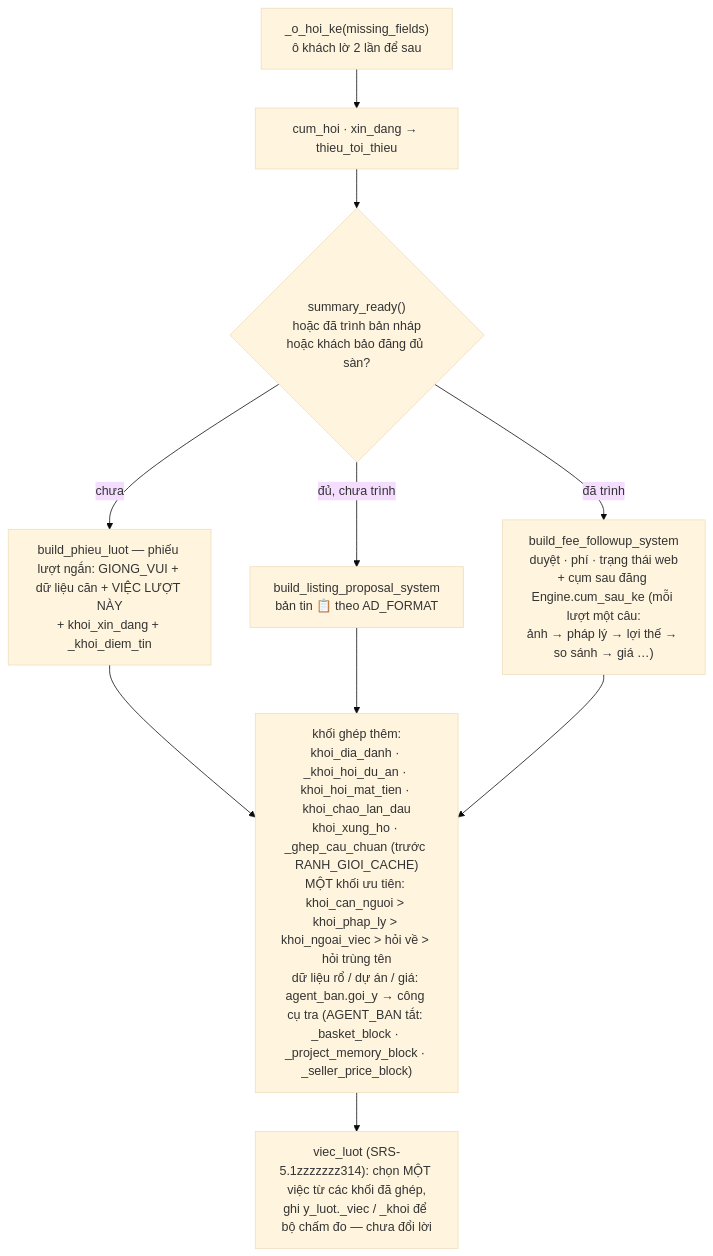
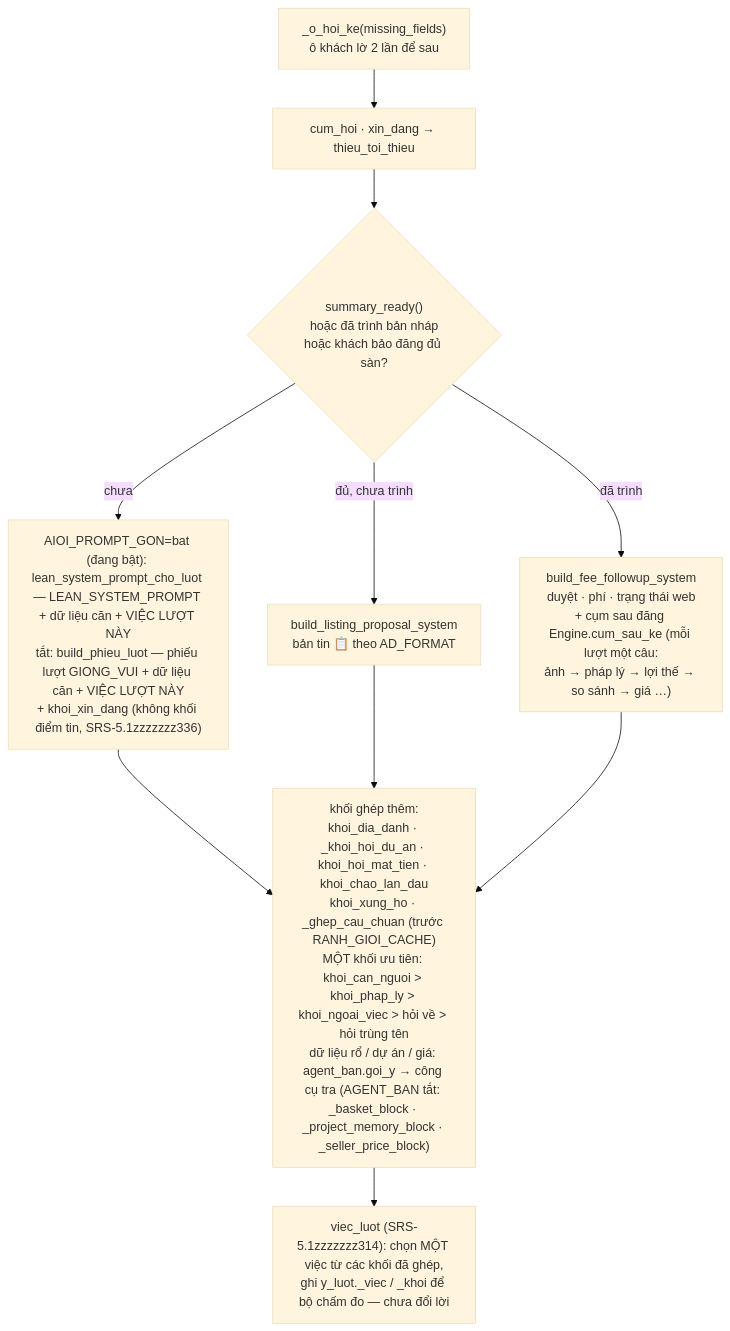
The third of 4 diagrams in docs/13-so-do-nhan-va-boc-tach.md (quang507/AOND), drawn with Mermaid (base theme) before and after one commit. The commit also changed other lines of this file and 6 other files, not shown here.

First line of the commit message:
SRS-464 (đợt 3): docs/07 đặc tả, data-model, 13, 14, lqc, luat-dang-ap khớp code; thêm mục SRS-464

````diff
--- a/docs/13-so-do-nhan-va-boc-tach.md
+++ b/docs/13-so-do-nhan-va-boc-tach.md
@@ -82,10 +84,10 @@
 ```mermaid
 flowchart TD
   S0["_o_hoi_ke(missing_fields)<br/>ô khách lờ 2 lần để sau"] --> S1["cum_hoi · xin_dang → thieu_toi_thieu"]
   S1 --> S2{"summary_ready()<br/>hoặc đã trình bản nháp<br/>hoặc khách bảo đăng đủ sàn?"}
-  S2 -->|chưa| C1["build_phieu_luot — phiếu lượt ngắn: GIONG_VUI + dữ liệu căn + VIỆC LƯỢT NÀY<br/>+ khoi_xin_dang + _khoi_diem_tin"]
+  S2 -->|chưa| C1["AIOI_PROMPT_GON=bat (đang bật): lean_system_prompt_cho_luot — LEAN_SYSTEM_PROMPT + dữ liệu căn + VIỆC LƯỢT NÀY<br/>tắt: build_phieu_luot — phiếu lượt GIONG_VUI + dữ liệu căn + VIỆC LƯỢT NÀY<br/>+ khoi_xin_dang (không khối điểm tin, SRS-5.1zzzzzzz336)"]
   S2 -->|"đủ, chưa trình"| C2["build_listing_proposal_system<br/>bản tin 📋 theo AD_FORMAT"]
   S2 -->|"đã trình"| C3["build_fee_followup_system<br/>duyệt · phí · trạng thái web<br/>+ cụm sau đăng Engine.cum_sau_ke (mỗi lượt một câu:<br/>ảnh → pháp lý → lợi thế → so sánh → giá …)"]
   C1 & C2 & C3 --> K["khối ghép thêm:<br/>khoi_dia_danh · _khoi_hoi_du_an · khoi_hoi_mat_tien · khoi_chao_lan_dau<br/>khoi_xung_ho · _ghep_cau_chuan (trước RANH_GIOI_CACHE)<br/>MỘT khối ưu tiên: khoi_can_nguoi > khoi_phap_ly > khoi_ngoai_viec > hỏi về > hỏi trùng tên<br/>dữ liệu rổ / dự án / giá: agent_ban.goi_y → công cụ tra (AGENT_BAN tắt: _basket_block · _project_memory_block · _seller_price_block)"]
   K --> V["viec_luot (SRS-5.1zzzzzzz314): chọn MỘT việc từ các khối đã ghép,<br/>ghi y_luot._viec / _khoi để bộ chấm đo — chưa đổi lời"]
 ```
````
